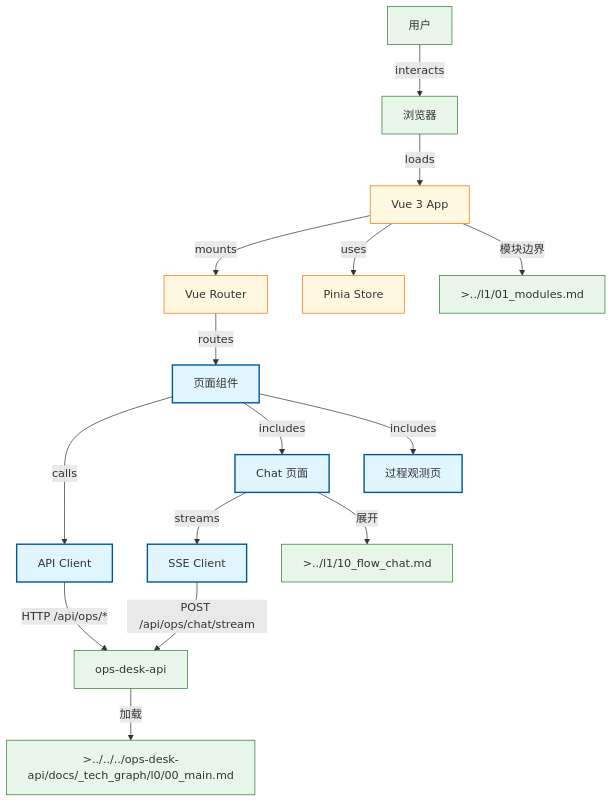
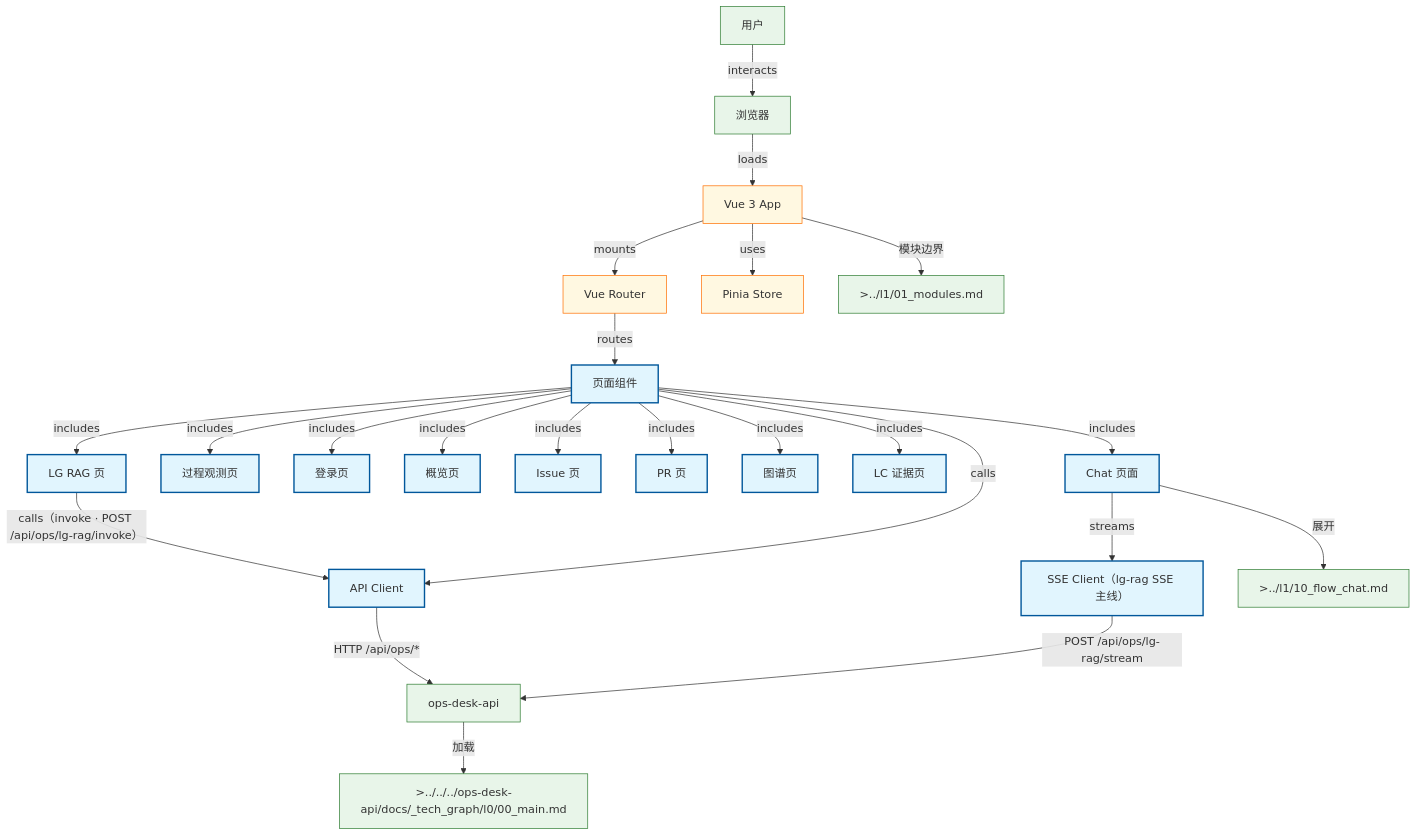
One commit to Cyning12/ops-desk-web changed the diagram in docs/_tech_graph/l0/00_main.md. Above: the diagram before and after it, drawn with Mermaid. The commit also changed other lines of this file and 7 other files, not shown here.

First line of the commit message:
docs(graph): l0 脱节清扫 · 边/节点对齐 lg-rag T2-T6 后现状 [web-graph-l0-stale-sweep]

````diff
--- a/docs/_tech_graph/l0/00_main.md
+++ b/docs/_tech_graph/l0/00_main.md
@@ -14,39 +14,54 @@
 ```mermaid
 flowchart TB
     user["用户"]
     browser["浏览器"]
     app["Vue 3 App"]
     router["Vue Router"]
     pinia["Pinia Store"]
     api_client["API Client"]
-    sse_client["SSE Client"]
+    sse_client["SSE Client（lg-rag SSE 主线）"]
     pages["页面组件"]
     chat_page["Chat 页面"]
     obs_page["过程观测页"]
+    login_page["登录页"]
+    overview_page["概览页"]
+    issues_page["Issue 页"]
+    pulls_page["PR 页"]
+    graph_page["图谱页"]
+    lc_evidence_page["LC 证据页"]
+    lg_rag_page["LG RAG 页"]
     chat_flow[">../l1/10_flow_chat.md"]
     modules_doc[">../l1/01_modules.md"]
     ops_api["ops-desk-api"]
     api_doc[">../../../ops-desk-api/docs/_tech_graph/l0/00_main.md"]
 
     user -->|"interacts"| browser
     browser -->|"loads"| app
     app -->|"mounts"| router
     app -->|"uses"| pinia
     router -->|"routes"| pages
     pages -->|"calls"| api_client
     pages -->|"includes"| chat_page
     pages -->|"includes"| obs_page
+    pages -->|"includes"| login_page
+    pages -->|"includes"| overview_page
+    pages -->|"includes"| issues_page
+    pages -->|"includes"| pulls_page
+    pages -->|"includes"| graph_page
+    pages -->|"includes"| lc_evidence_page
+    pages -->|"includes"| lg_rag_page
+    lg_rag_page -->|"calls（invoke · POST /api/ops/lg-rag/invoke）"| api_client
     chat_page -->|"streams"| sse_client
     chat_page -->|"展开"| chat_flow
-    sse_client -->|"POST /api/ops/chat/stream"| ops_api
+    sse_client -->|"POST /api/ops/lg-rag/stream"| ops_api
     api_client -->|"HTTP /api/ops/*"| ops_api
     ops_api -->|"加载"| api_doc
     app -->|"模块边界"| modules_doc
 
     classDef phase fill:#e1f5fe,stroke:#01579b,stroke-width:2px
     classDef doc fill:#fff8e1,stroke:#ff6f00,stroke-width:1px
     classDef infra fill:#e8f5e9,stroke:#2e7d32,stroke-width:1px
-    class api_client,sse_client,pages,chat_page,obs_page phase
+    class api_client,sse_client,pages,chat_page,obs_page,login_page,overview_page,issues_page,pulls_page,graph_page,lc_evidence_page,lg_rag_page phase
     class app,router,pinia doc
     class user,browser,chat_flow,modules_doc,ops_api,api_doc infra
 ```
````
